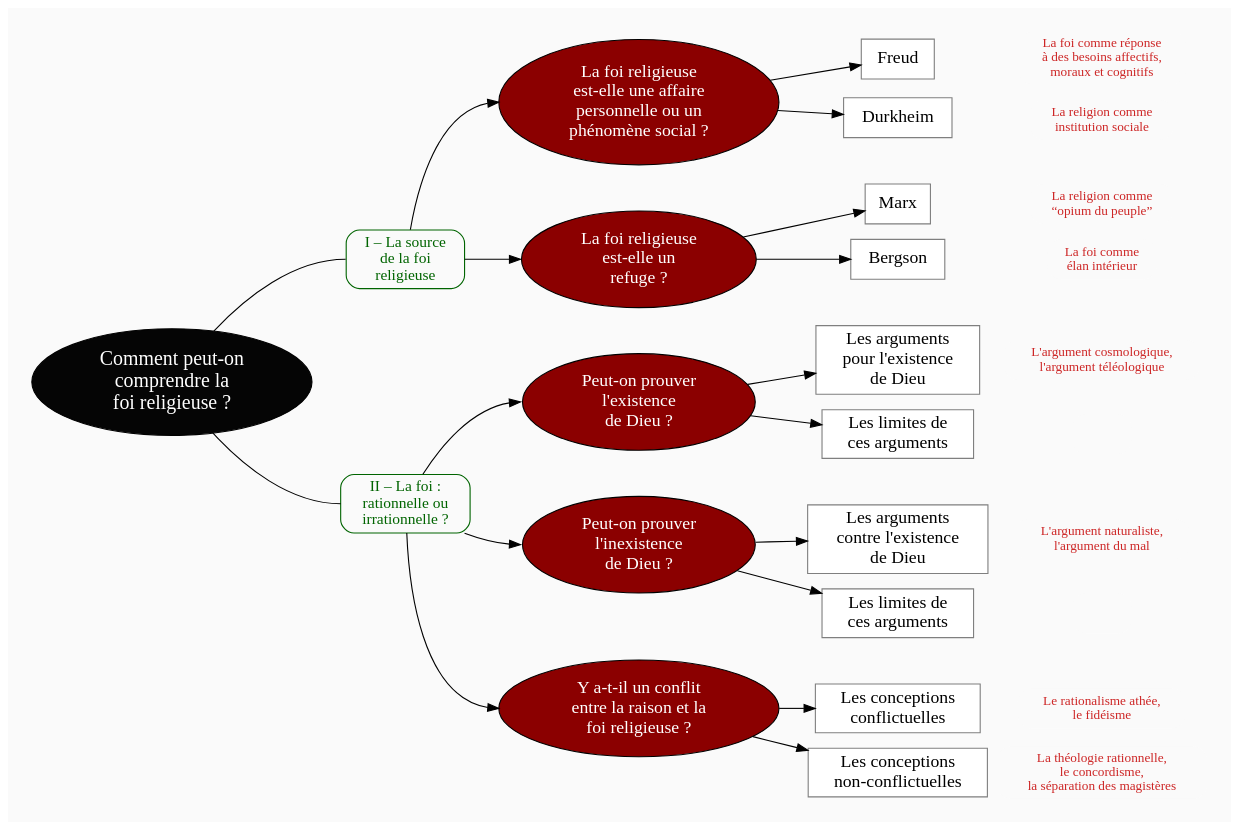
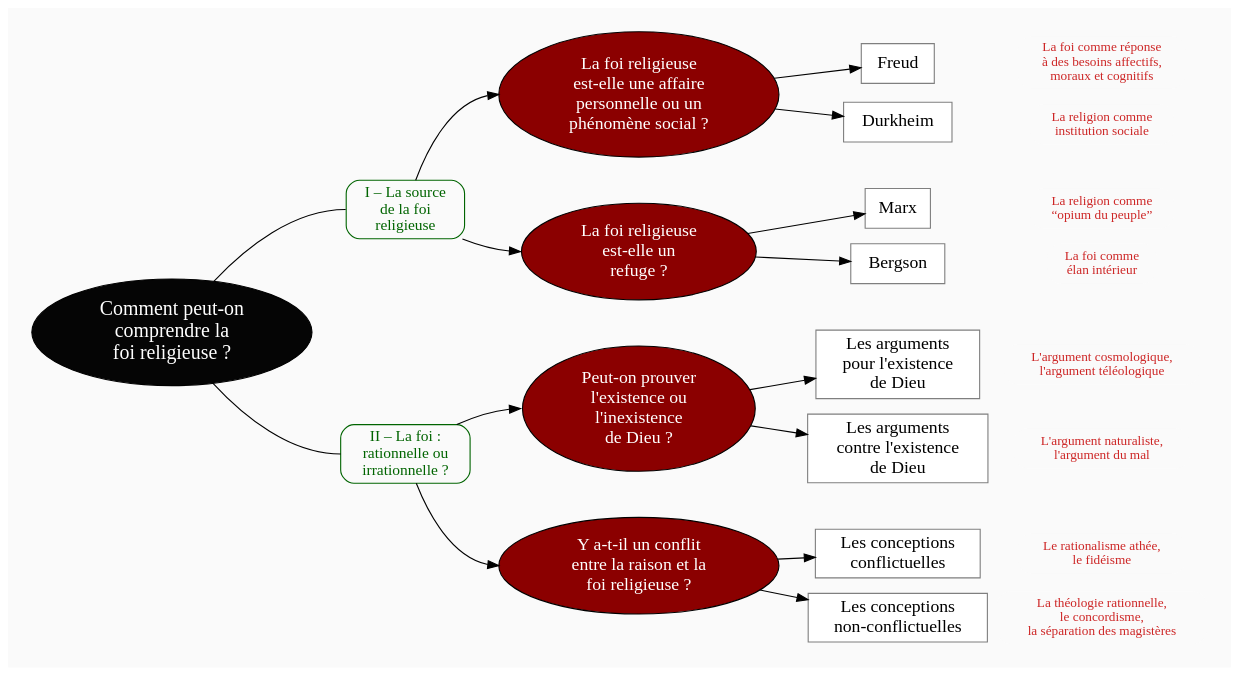
The diagram in plans/plan-cours-details-religion.dot (eyssette/graphviz-examples), drawn with Graphviz before and after one commit.

```diff
--- a/plans/plan-cours-details-religion.dot
+++ b/plans/plan-cours-details-religion.dot
@@ -1,162 +1,147 @@
 
 digraph G {
 // Template : diagram
 // Usage : 
 rankdir=LR
 splines=true
 //splines=curved
 bgcolor=grey98
 pad=0.3
 style=filled
 edge[minlen=3]
 node[style=filled, fontcolor=white]
 ranksep=0.1
 nodesep=0.2
 
 // NIVEAU 1
 node[fillcolor=grey2, fontsize=18]
 a1[label="Comment peut-on
 comprendre la
 foi religieuse ?"]
 
 // NIVEAU 2
 node[fontsize=14, shape=rect, fillcolor=grey98, fontcolor=darkgreen, color=darkgreen, style="filled, rounded"]
 a1->p1[headport=w, arrowhead=none]
 a1->p2[headport=w, arrowhead=none]
 
 p1[label="I – La source
 de la foi
 religieuse"]
 p2[label="II – La foi :
 rationnelle ou
 irrationnelle ?"]
 
 {rank=same;p1->p2[style=invis, minlen=12]}
 
 node[fontcolor=black, fontsize=16]
 // NIVEAU 3 (sans intermédiaire)
 node [shape=box, fillcolor=white, color=grey50]
 // c1[label=""]
 
 
 
 // INTERMÉDIAIRE AVANT NIVEAU 3
 node[fillcolor=red4, shape=oval, fontcolor=white, color=black, style="filled"]
 // [arrowhead=none]
 // bc1[label=""]
 p1->b1[headport=w]
 p1->b2[headport=w]
 p2->b3[headport=w]
 p2->b4[headport=w]
-p2->b5[headport=w]
 b1[label="La foi religieuse
 est-elle une affaire
 personnelle ou un
 phénomène social ?"]    
 b2[label="La foi religieuse
 est-elle un
 refuge ?"]
 b3[label="Peut-on prouver
-l'existence
-de Dieu ?"]
-b4[label="Peut-on prouver
+l'existence ou
 l'inexistence
 de Dieu ?"]
-b5[label="Y a-t-il un conflit
+b4[label="Y a-t-il un conflit
 entre la raison et la
 foi religieuse ?"]
 
 
 
 
 {rank=same;b1->b2->b3->b4[style=invis, minlen=3]}
 
 // NIVEAU 3 (avec intermédiaire)
 node[fillcolor=white, shape=box, color=grey50, fontcolor=black]
 // c1[label=""]
 b1->{c1,c2}
 c1[label="Freud"]
 c2[label="Durkheim"]
 
 b2->{c3,c4}
 c3[label="Marx"]
 c4[label="Bergson"]
 
 b3->{c5,c6}
 c5[label="Les arguments
 pour l'existence
 de Dieu"]
-c6[label="Les limites de
-ces arguments"]
+c6[label="Les arguments
+contre l'existence
+de Dieu"]
 
 b4->{c7,c8}
-c7[label="Les arguments
-contre l'existence
-de Dieu"]
-c8[label="Les limites de
-ces arguments"]
-
-b5->{c9,c10}
-c9[label="Les conceptions
+c7[label="Les conceptions
 conflictuelles"]
-c10[label="Les conceptions
+c8[label="Les conceptions
 non-conflictuelles"]
 
 
 {rank=same;c2->c3[style=invis, minlen=3]}
 {rank=same;c4->c5[style=invis, minlen=3]}
 {rank=same;c6->c7[style=invis, minlen=3]}
-{rank=same;c8->c9[style=invis, minlen=3]}
 
 // NIVEAU 4
 node[style="filled,rounded", fillcolor=white, shape=box, color=grey50]
 // d1[label=""]
 
 
 // ÉTIQUETTES EN ROUGE
 node[shape=plaintext, fontcolor=firebrick3, fillcolor=grey98, fontsize=12]
 // e1[label=< <B>= Titre</B><BR /><BR />Contenu<BR /> >]
 // e1[label=""]
 // ->e1[minlen=1, style=invis]
 
 e1[label="La foi comme réponse
 à des besoins affectifs,
 moraux et cognitifs"]
 e2[label="La religion comme
 institution sociale"]
 e3[label="La religion comme
 “opium du peuple”"]
 e4[label="La foi comme
 élan intérieur"]
 e5[label="L'argument cosmologique,
 l'argument téléologique"]
-e6[label=""]
-e7[label="L'argument naturaliste,
+e6[label="L'argument naturaliste,
 l'argument du mal"]
-e8[label=""]
-e9[label="Le rationalisme athée,
+e7[label="Le rationalisme athée,
 le fidéisme"]
-e10[label="La théologie rationnelle,
+e8[label="La théologie rationnelle,
 le concordisme,
 la séparation des magistères"]
 
 c1->e1[minlen=1, style=invis]
 c2->e2[minlen=1, style=invis]
 c3->e3[minlen=1, style=invis]
 c4->e4[minlen=1, style=invis]
 c5->e5[minlen=1, style=invis]
 c6->e6[minlen=1, style=invis]
 c7->e7[minlen=1, style=invis]
 c8->e8[minlen=1, style=invis]
-c9->e9[minlen=1, style=invis]
-c10->e10[minlen=1, style=invis]
-
 
 // REMARQUES EN BLEU
 node[color=blue, shape=box, margin=0.07, fontcolor=black, fontsize=12, style="dashed", penwidth=0.6]
 edge[color=blue, arrowhead="none", xlabel="", style="dashed", penwidth=0.6]
 // r1[label=""]
 // {rank=same;->r1}
 // {rank=same;r1->[dir=back]}
 
 }
```
